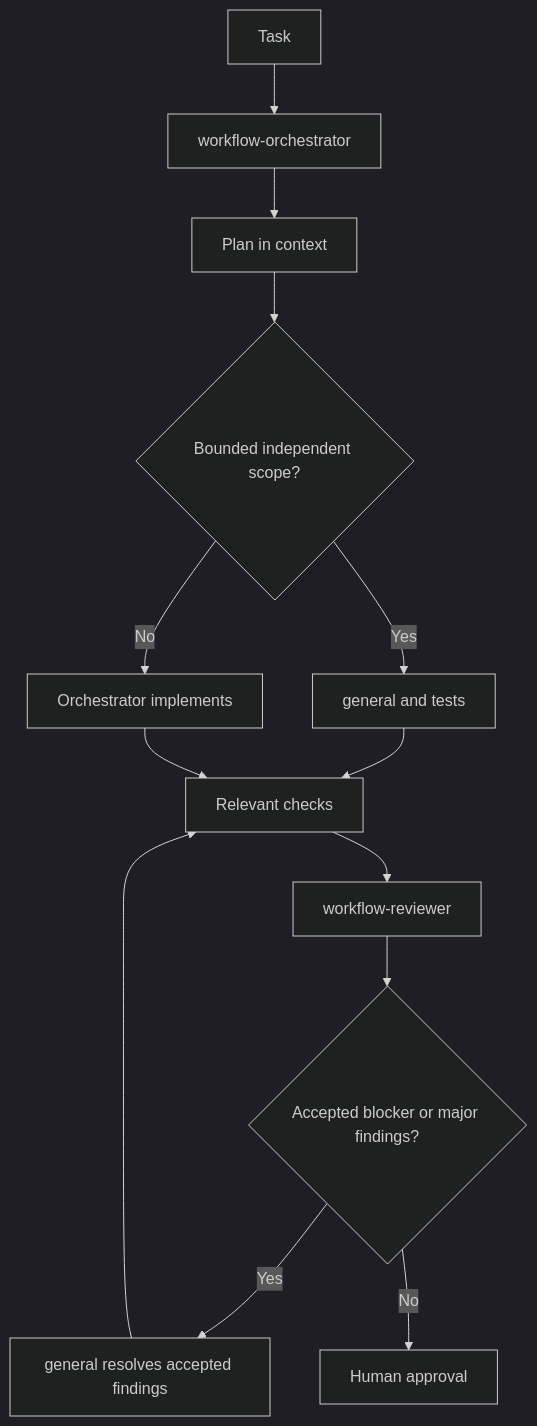
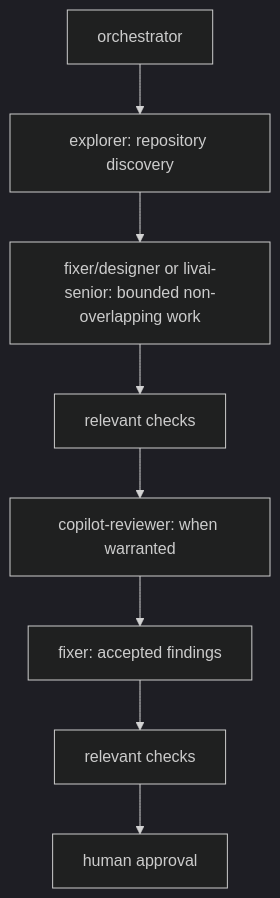
The diagram in QUICKSTART.md (tomvothecoder/multi-agent-dev-workflow), drawn with Mermaid (dark theme) before and after one commit. The commit also changed other lines of this file and 19 other files, not shown here.

````diff
--- a/QUICKSTART.md
+++ b/QUICKSTART.md
@@ -36,15 +32,10 @@
 ```mermaid
 flowchart TD
-    A[Task] --> B[workflow-orchestrator]
-    B --> C[Plan in context]
-    C --> D{Bounded independent scope?}
-    D -->|Yes| E[general and tests]
-    D -->|No| F[Orchestrator implements]
-    E --> G[Relevant checks]
-    F --> G
-    G --> H[workflow-reviewer]
-    H --> I{Accepted blocker or major findings?}
-    I -->|Yes| J[general resolves accepted findings]
-    J --> G
-    I -->|No| K[Human approval]
+    A[orchestrator] --> B[explorer: repository discovery]
+    B --> C[fixer/designer or livai-senior: bounded non-overlapping work]
+    C --> D[relevant checks]
+    D --> E[copilot-reviewer: when warranted]
+    E --> F[fixer: accepted findings]
+    F --> G[relevant checks]
+    G --> H[human approval]
 ```
````
